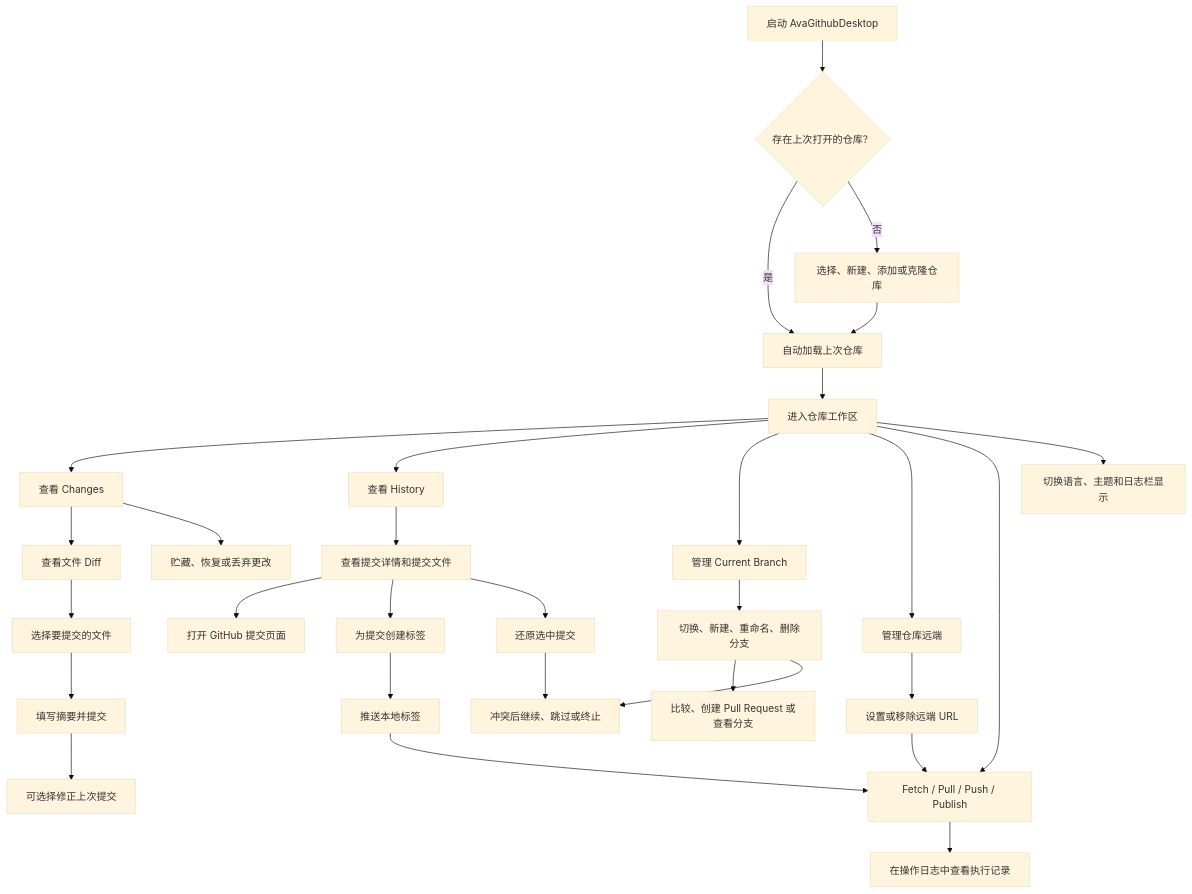
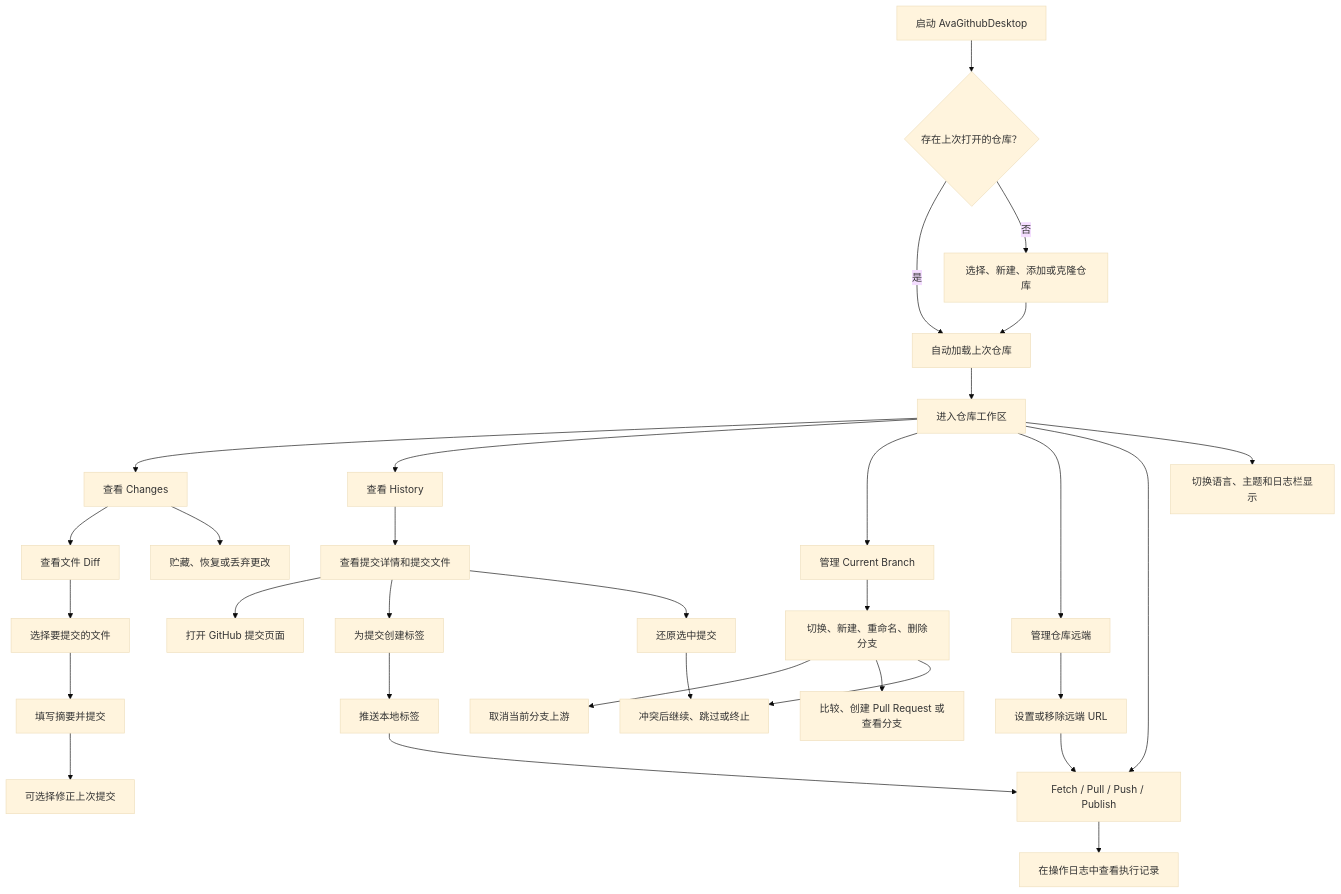
Before and after one commit to dotnet9/AvaGithubDesktop: the diagram in docs/AvaGithubDesktop需求文档.md, drawn with Mermaid (base theme). The commit also changed other lines of this file and 10 other files, not shown here.

````diff
--- a/docs/AvaGithubDesktop需求文档.md
+++ b/docs/AvaGithubDesktop需求文档.md
@@ -41,32 +42,33 @@
 ```mermaid
 flowchart TD
     Start["启动 AvaGithubDesktop"] --> Restore{"存在上次打开的仓库？"}
     Restore -->|是| LoadRepo["自动加载上次仓库"]
     Restore -->|否| PickRepo["选择、新建、添加或克隆仓库"]
     PickRepo --> LoadRepo
     LoadRepo --> Workspace["进入仓库工作区"]
     Workspace --> Changes["查看 Changes"]
     Workspace --> History["查看 History"]
     Workspace --> Branch["管理 Current Branch"]
     Workspace --> Remote["管理仓库远端"]
     Workspace --> Sync["Fetch / Pull / Push / Publish"]
     Changes --> ReviewDiff["查看文件 Diff"]
     ReviewDiff --> SelectFiles["选择要提交的文件"]
     SelectFiles --> Commit["填写摘要并提交"]
     Commit --> Amend["可选择修正上次提交"]
     Changes --> Stash["贮藏、恢复或丢弃更改"]
     History --> CommitDetail["查看提交详情和提交文件"]
     CommitDetail --> OpenCommit["打开 GitHub 提交页面"]
     CommitDetail --> CreateTag["为提交创建标签"]
     CommitDetail --> RevertCommit["还原选中提交"]
     RevertCommit --> ConflictOps
     Branch --> BranchOps["切换、新建、重命名、删除分支"]
+    BranchOps --> UpstreamOps["取消当前分支上游"]
     BranchOps --> BranchGitHub["比较、创建 Pull Request 或查看分支"]
     BranchOps --> ConflictOps["冲突后继续、跳过或终止"]
     Remote --> RemoteOps["设置或移除远端 URL"]
     RemoteOps --> Sync
     CreateTag --> PushTags["推送本地标签"]
     PushTags --> Sync
     Sync --> OperationLog["在操作日志中查看执行记录"]
     Workspace --> Settings["切换语言、主题和日志栏显示"]
 ```
````
